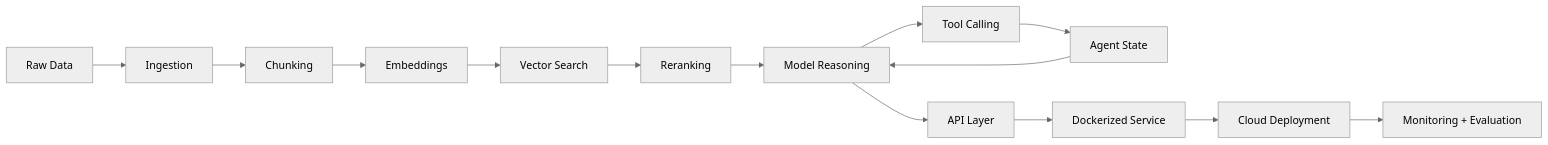
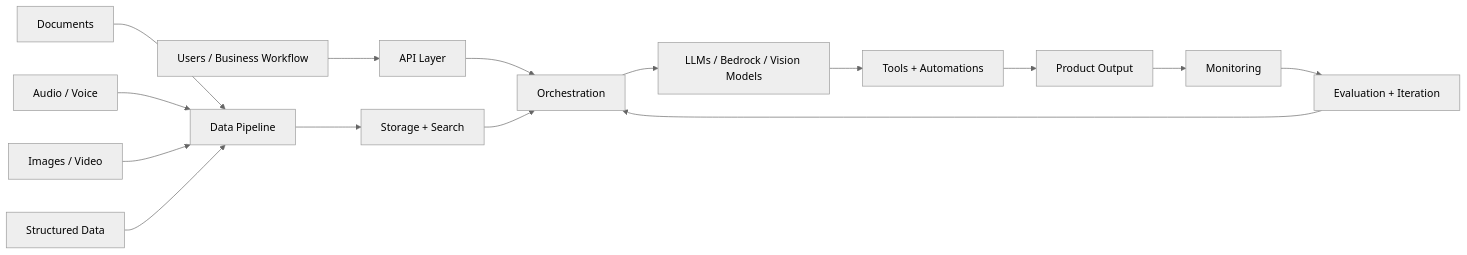
The diagram in README.md (ZaafirRizwan/ZaafirRizwan), drawn with Mermaid (neutral theme) before and after one commit. The commit also changed other lines of this file, not shown here.

Commit message:
Reposition profile README across AI data cloud and automation

````diff
--- a/README.md
+++ b/README.md
@@ -42,18 +43,21 @@
 ```mermaid
 flowchart LR
-    A[Raw Data] --> B[Ingestion]
-    B --> C[Chunking]
-    C --> D[Embeddings]
-    D --> E[Vector Search]
-    E --> F[Reranking]
-    F --> G[Model Reasoning]
+    A[Users / Business Workflow] --> B[API Layer]
+    B --> C[Orchestration]
 
-    G --> H[Tool Calling]
-    H --> I[Agent State]
-    I --> G
+    D[Documents] --> H[Data Pipeline]
+    E[Audio / Voice] --> H
+    F[Images / Video] --> H
+    G[Structured Data] --> H
 
-    G --> J[API Layer]
-    J --> K[Dockerized Service]
-    K --> L[Cloud Deployment]
-    L --> M[Monitoring + Evaluation]
+    H --> I[Storage + Search]
+    I --> C
+
+    C --> J[LLMs / Bedrock / Vision Models]
+    J --> K[Tools + Automations]
+    K --> L[Product Output]
+
+    L --> M[Monitoring]
+    M --> N[Evaluation + Iteration]
+    N --> C
 ```
````
